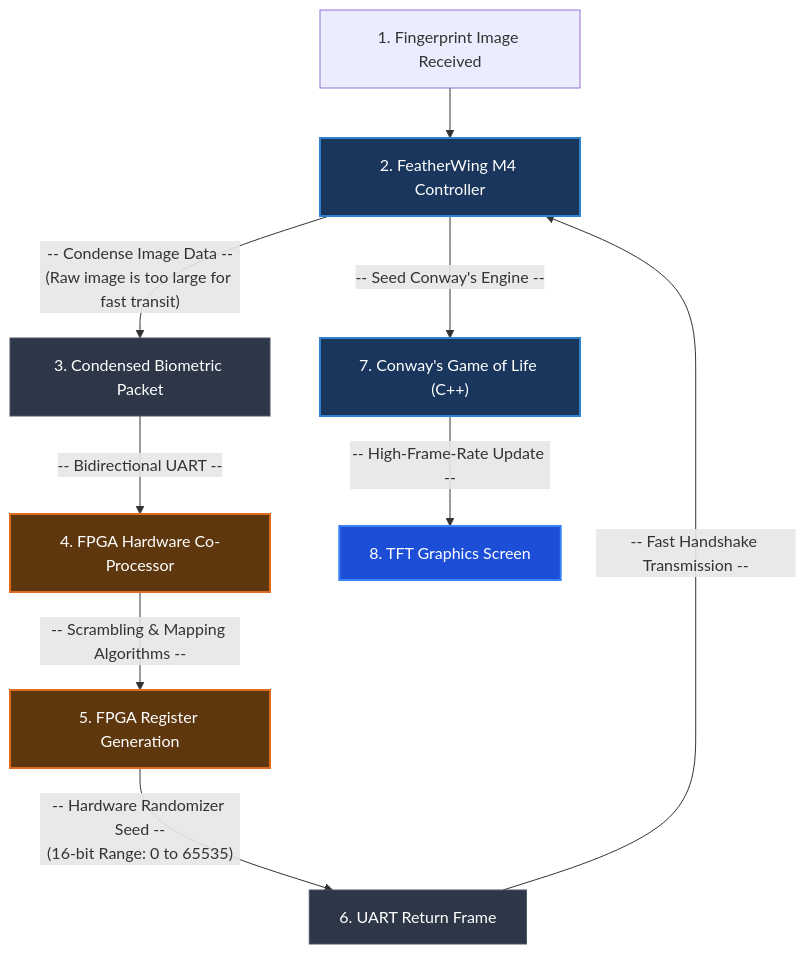
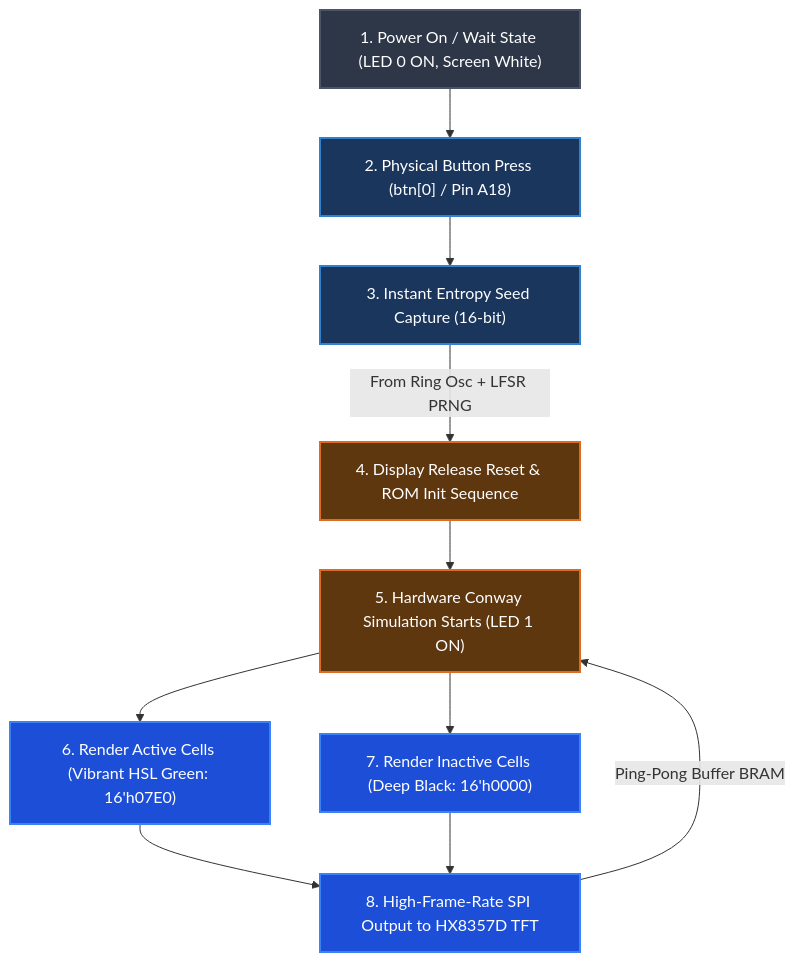
One commit to Darkmidget/PRNG_V2 changed the diagram in README.md. Above: the diagram before and after it, drawn with Mermaid. The commit also changed other lines of this file and 46 other files, not shown here.

````diff
--- a/README.md
+++ b/README.md
@@ -18,21 +14,21 @@
 ```mermaid
 graph TD
-    A["1. Fingerprint Image Received"] --> B["2. FeatherWing M4 Controller"]
-    B -->|"-- Condense Image Data --<br>(Raw image is too large for fast transit)"| C["3. Condensed Biometric Packet"]
-    C -->|"-- Bidirectional UART --"| D["4. FPGA Hardware Co-Processor"]
-    D -->|"-- Scrambling & Mapping Algorithms --"| E["5. FPGA Register Generation"]
-    E -->|"-- Hardware Randomizer Seed --<br>(16-bit Range: 0 to 65535)"| F["6. UART Return Frame"]
-    F -->|"-- Fast Handshake Transmission --"| B
-    B -->|"-- Seed Conway's Engine --"| G["7. Conway's Game of Life (C++)"]
-    G -->|"-- High-Frame-Rate Update --"| H["8. TFT Graphics Screen"]
+    A["1. Power On / Wait State (LED 0 ON, Screen White)"] --> B["2. Physical Button Press (btn[0] / Pin A18)"]
+    B --> C["3. Instant Entropy Seed Capture (16-bit)"]
+    C -->|From Ring Osc + LFSR PRNG| D["4. Display Release Reset & ROM Init Sequence"]
+    D --> E["5. Hardware Conway Simulation Starts (LED 1 ON)"]
+    E --> F["6. Render Active Cells (Vibrant HSL Green: 16'h07E0)"]
+    E --> G["7. Render Inactive Cells (Deep Black: 16'h0000)"]
+    F & G --> H["8. High-Frame-Rate SPI Output to HX8357D TFT"]
+    H -->|Ping-Pong Buffer BRAM| E
 
-    classDef controller fill:#1a365d,stroke:#3182ce,stroke-width:2px,color:#fff;
+    classDef waiting fill:#2d3748,stroke:#4a5568,stroke-width:2px,color:#fff;
+    classDef input fill:#1a365d,stroke:#3182ce,stroke-width:2px,color:#fff;
     classDef fpga fill:#5f370e,stroke:#dd6b20,stroke-width:2px,color:#fff;
-    classDef data fill:#2d3748,stroke:#4a5568,stroke-width:1px,color:#fff;
     classDef output fill:#1c4ed8,stroke:#3b82f6,stroke-width:2px,color:#fff;
 
-    class B,G controller;
+    class A waiting;
+    class B,C input;
     class D,E fpga;
-    class C,F data;
-    class H output;
+    class F,G,H output;
 ```
````
